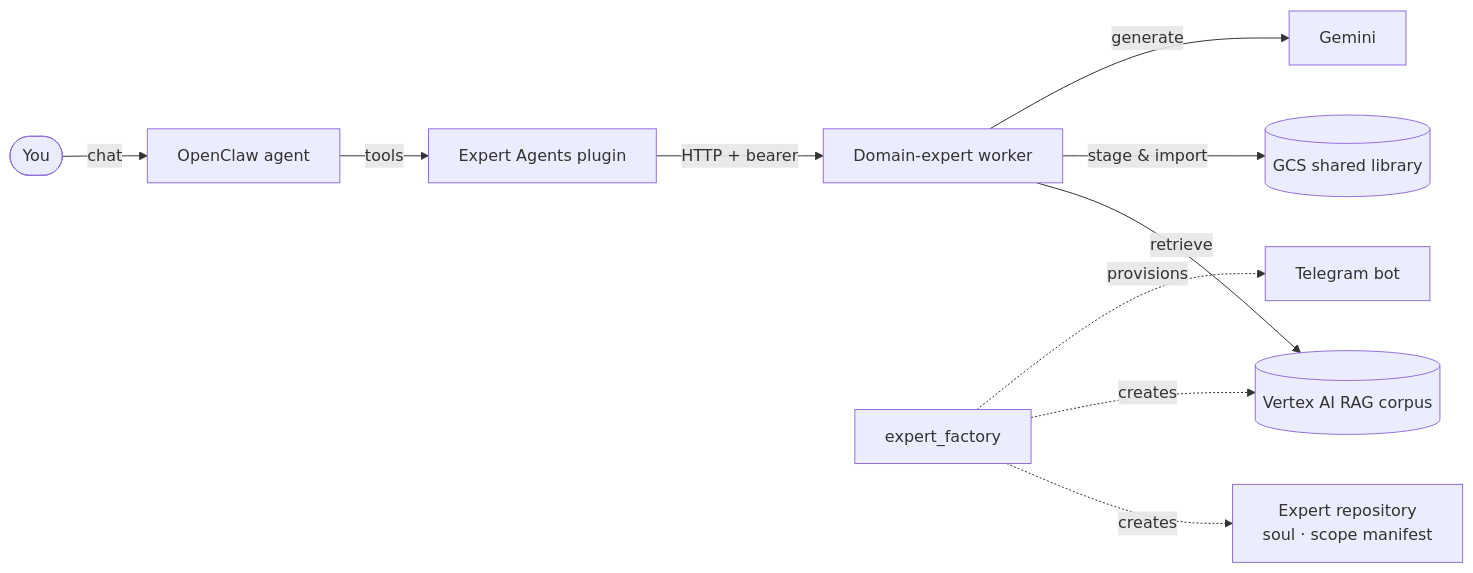
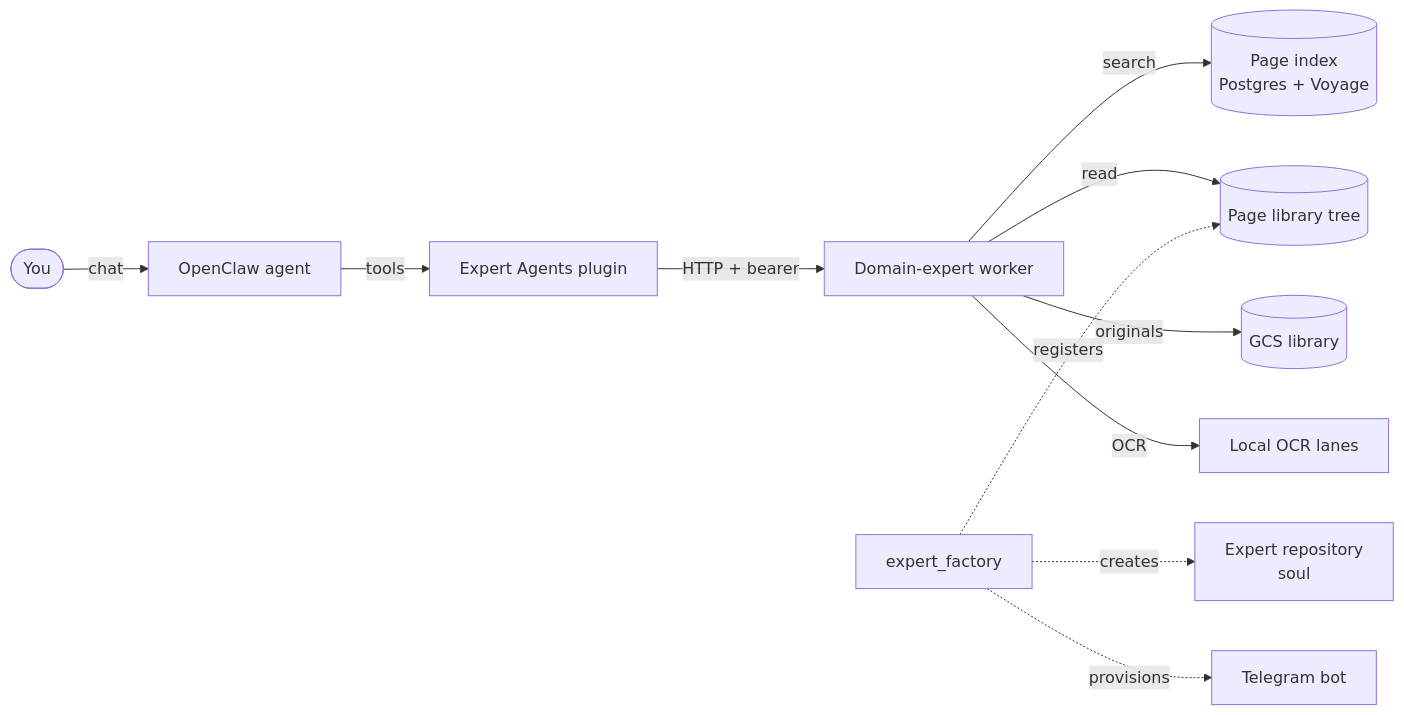
One commit to jamiezigelbaum/expert-agents changed the diagram in README.md. Above: the diagram before and after it, drawn with Mermaid. The commit also changed other lines of this file and 12 other files, not shown here.

First line of the commit message:
Health reports page-library readiness; docs make the page library the default

````diff
--- a/README.md
+++ b/README.md
@@ -76,12 +79,13 @@
 ```mermaid
 flowchart LR
     U([You]) -->|chat| OC[OpenClaw agent]
     OC -->|tools| P[Expert Agents plugin]
     P -->|HTTP + bearer| W[Domain-expert worker]
-    W -->|retrieve| V[(Vertex AI RAG corpus)]
-    W -->|stage & import| G[(GCS shared library)]
-    W -->|generate| M[Gemini]
-    F[expert_factory] -.->|creates| R[Expert repository<br/>soul · scope manifest]
-    F -.->|creates| V
+    W -->|search| I[(Page index<br/>Postgres + Voyage)]
+    W -->|read| L[(Page library tree)]
+    W -->|originals| G[(GCS library)]
+    W -->|OCR| O[Local OCR lanes]
+    F[expert_factory] -.->|creates| R[Expert repository<br/>soul]
+    F -.->|registers| L
     F -.->|provisions| T[Telegram bot]
 ```
````
